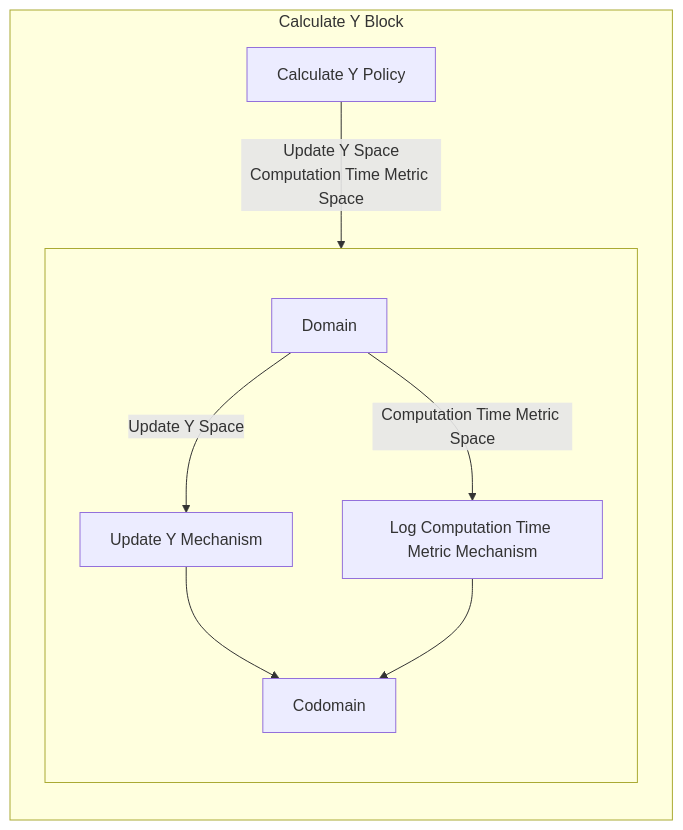
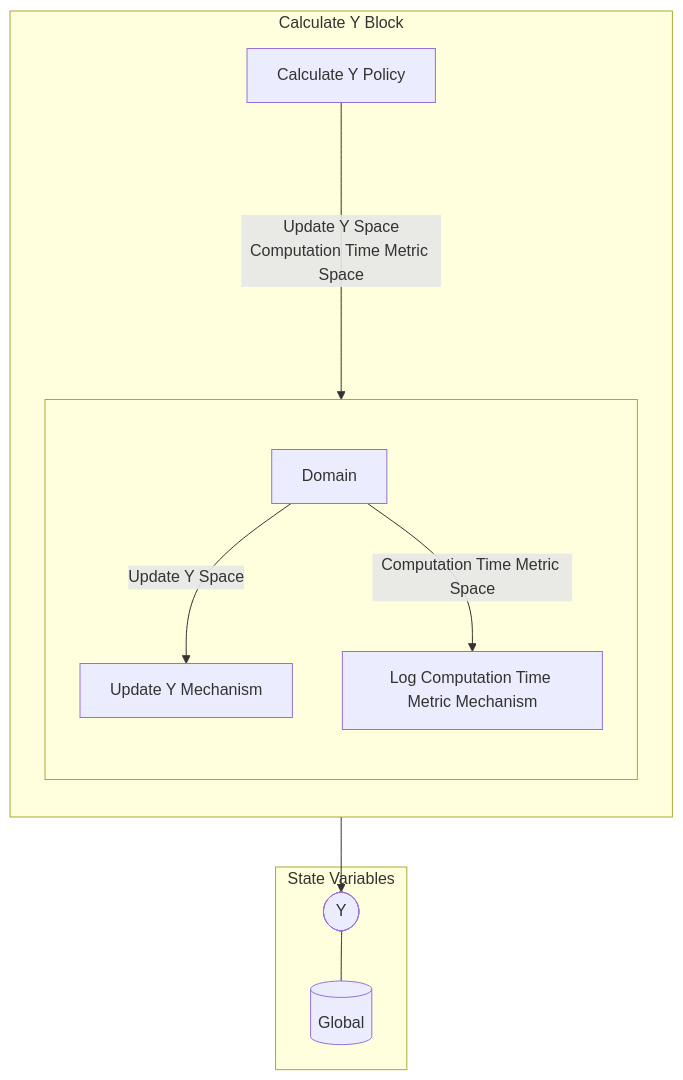
The diagram in MSML/reports/Markdown/Wiring/Calculate Y Block.md (SeanMcOwen/Root-Finding-Simulation), drawn with Mermaid before and after one commit. The commit also changed other lines of this file and 24 other files, not shown here.

````diff
--- a/MSML/reports/Markdown/Wiring/Calculate Y Block.md
+++ b/MSML/reports/Markdown/Wiring/Calculate Y Block.md
@@ -3,22 +3,28 @@
 ```mermaid
 graph TB
-subgraph X7[Calculate Y Block]
+
+subgraph SVS["State Variables"]
+EE0[("Global")]
+EES0(["Y"])
+EES0 --- EE0
+end
+
+subgraph X7["Calculate Y Block"]
 direction TB
-X1[Calculate Y Policy]
-subgraph X6[ ]
+X1["Calculate Y Policy"]
+subgraph X6[" "]
 direction TB
-X2[Update Y Mechanism]
-X3[Log Computation Time Metric Mechanism]
+X2["Update Y Mechanism"]
+X2 --> EES0
+X3["Log Computation Time Metric Mechanism"]
 X4[Domain]
-X5[Codomain]
+
 direction LR
 direction TB
 X4 --"Update Y Space"--> X2
 X4 --"Computation Time Metric Space"--> X3
-X2 --> X5
-X3 --> X5
 end
 X1--"Update Y Space
-Computation Time Metric Space"-->X6
+Computation Time Metric Space"---->X6
 end
 ```
````
